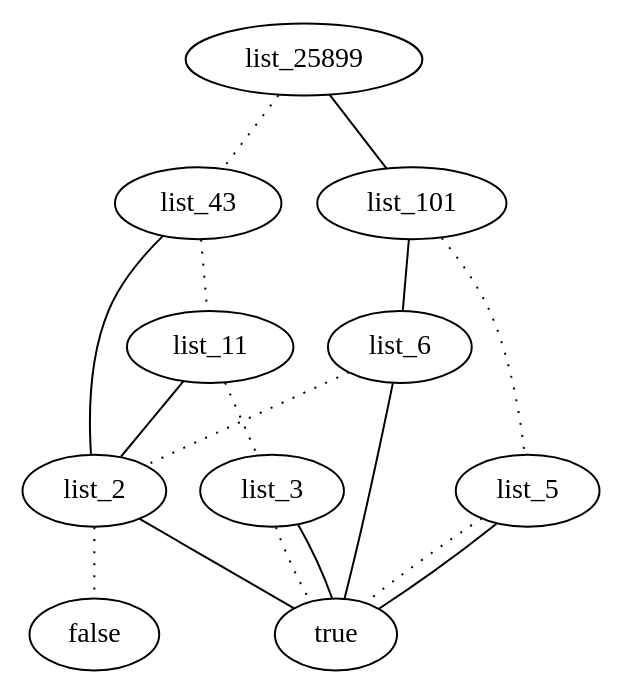
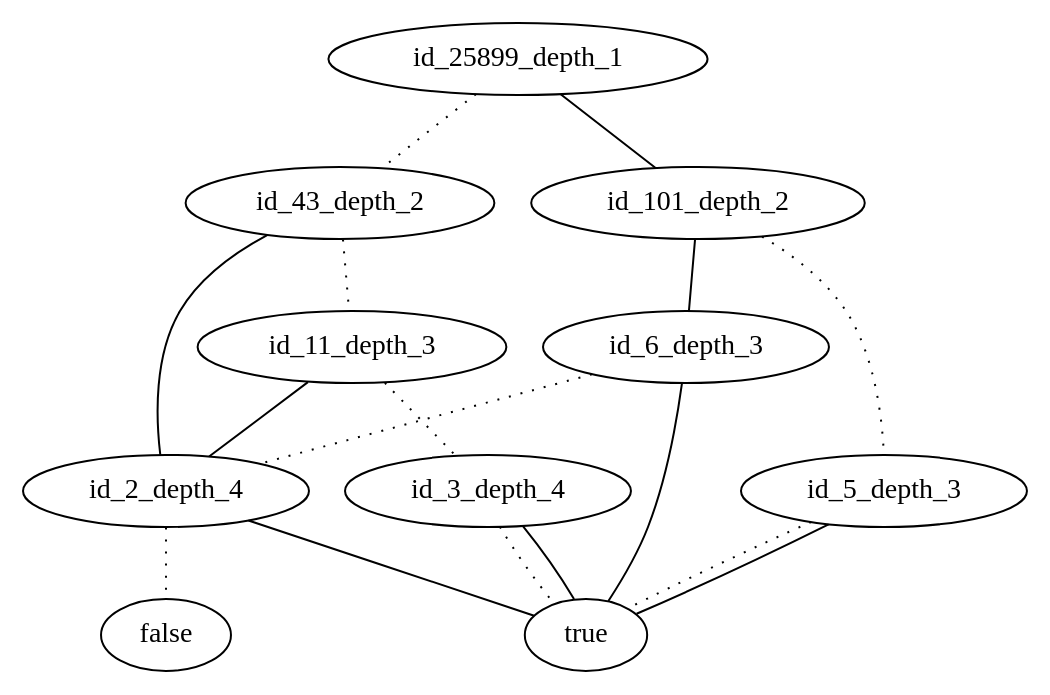
One commit to TiantianTitan/ocaml_projet changed the diagram in projet_ocaml_2023/graphe_par_arbre.dot. Above: the diagram before and after it, drawn with Graphviz. The commit also changed 3 other files, not shown here.

Commit message:
update depth in graph

```diff
--- a/projet_ocaml_2023/graphe_par_arbre.dot
+++ b/projet_ocaml_2023/graphe_par_arbre.dot
@@ -1,18 +1,18 @@
 graph {
-list_25899 -- list_43 [style=dotted]
-list_25899 -- list_101
-list_43 -- list_11 [style=dotted]
-list_43 -- list_2
-list_11 -- list_3 [style=dotted]
-list_11 -- list_2
-list_3 -- true [style=dotted]
-list_3 -- true
-list_2 -- false [style=dotted]
-list_2 -- true
-list_101 -- list_5 [style=dotted]
-list_101 -- list_6
-list_5 -- true [style=dotted]
-list_5 -- true
-list_6 -- list_2 [style=dotted]
-list_6 -- true
+id_25899_depth_1 -- id_43_depth_2 [style=dotted]
+id_25899_depth_1 -- id_101_depth_2
+id_43_depth_2 -- id_11_depth_3 [style=dotted]
+id_43_depth_2 -- id_2_depth_4
+id_11_depth_3 -- id_3_depth_4 [style=dotted]
+id_11_depth_3 -- id_2_depth_4
+id_3_depth_4 -- true [style=dotted]
+id_3_depth_4 -- true
+id_2_depth_4 -- false [style=dotted]
+id_2_depth_4 -- true
+id_101_depth_2 -- id_5_depth_3 [style=dotted]
+id_101_depth_2 -- id_6_depth_3
+id_5_depth_3 -- true [style=dotted]
+id_5_depth_3 -- true
+id_6_depth_3 -- id_2_depth_4 [style=dotted]
+id_6_depth_3 -- true
 }
```
